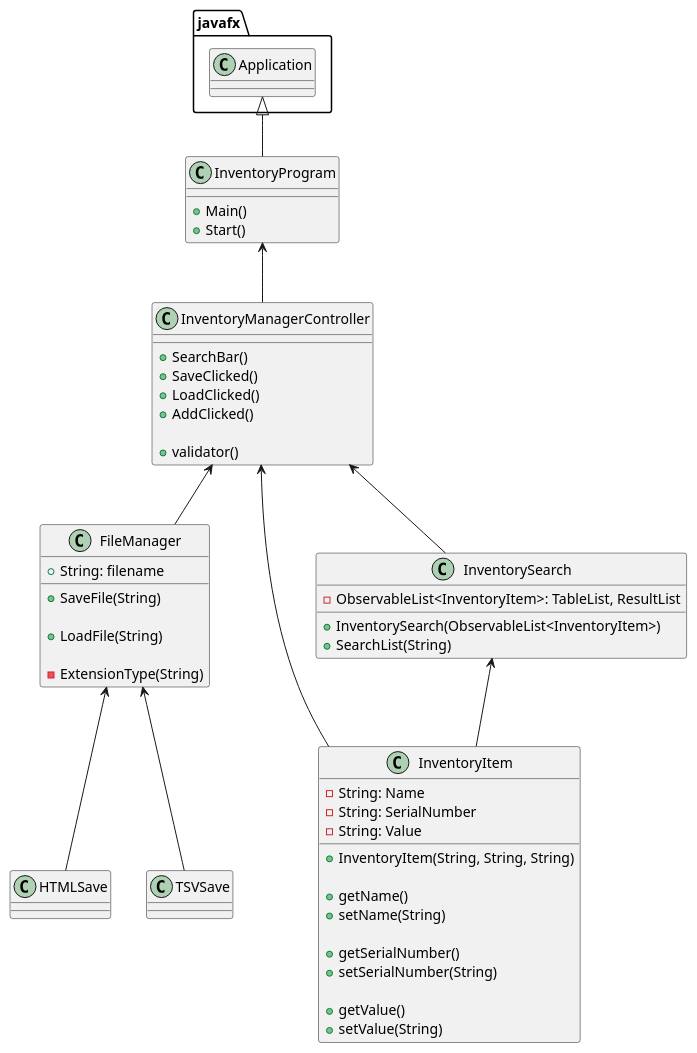
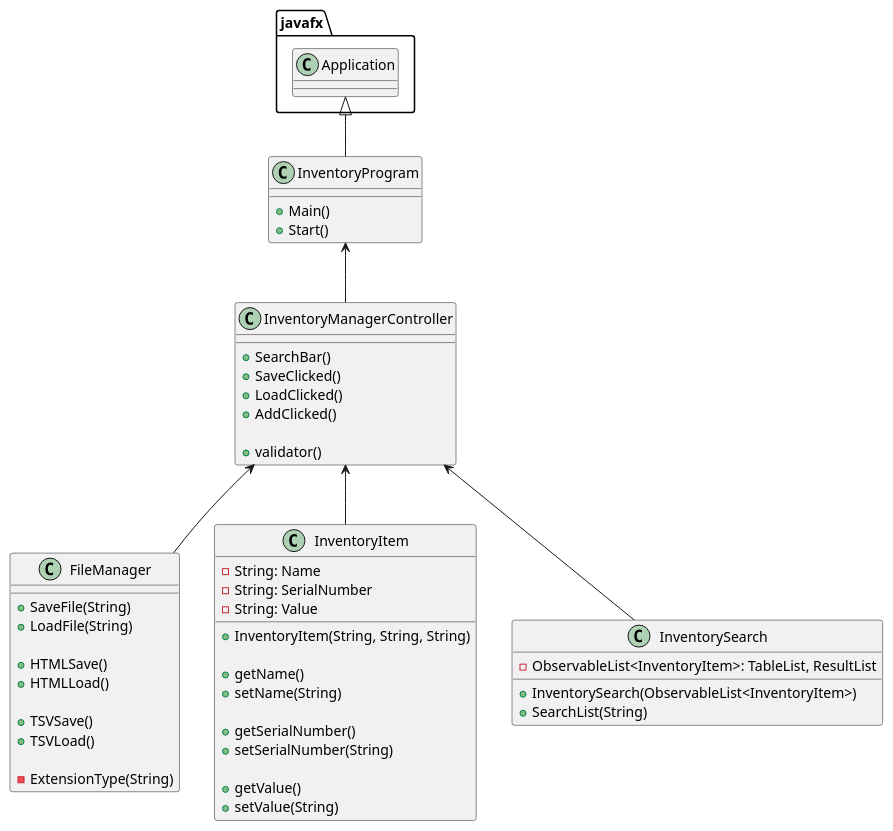
Before and after one commit to Chabs64/higgins-1720-a5: the diagram in UML/Main.puml, drawn with PlantUML. The commit also changed 4 other files, not shown here.

```diff
--- a/UML/Main.puml
+++ b/UML/Main.puml
@@ -1,81 +1,70 @@
 @startuml
 
 javafx.Application <|-- InventoryProgram
 InventoryProgram <-- InventoryManagerController
 InventoryManagerController <-- FileManager
-FileManager <-- HTMLSave
-FileManager <-- TSVSave
 
 InventoryManagerController <-- InventoryItem
-InventorySearch <-- InventoryItem
 InventoryManagerController <-- InventorySearch
 
 class InventoryProgram
 {
     + Main()
     + Start()
 }
 
 
 class InventoryManagerController
 {
     + SearchBar()
     + SaveClicked()
     + LoadClicked()
     + AddClicked()
 
     + validator()
 }
 
 
 class InventorySearch
 {
     - ObservableList<InventoryItem>: TableList, ResultList
 
     + InventorySearch(ObservableList<InventoryItem>)
     + SearchList(String)
 }
 
 
 class InventoryItem
 {
     - String: Name
     - String: SerialNumber
     - String: Value
 
     + InventoryItem(String, String, String)
 
     + getName()
     + setName(String)
 
     + getSerialNumber()
     + setSerialNumber(String)
 
     + getValue()
     + setValue(String)
 }
 
 
 class FileManager
 {
-    + String: filename
+    + SaveFile(String)
+    + LoadFile(String)
 
-    + SaveFile(String)
+    + HTMLSave()
+    + HTMLLoad()
 
-    + LoadFile(String)
+    + TSVSave()
+    + TSVLoad()
 
     - ExtensionType(String)
 }
 
-class HTMLSave
-{
-
-}
-
-class TSVSave
-{
-
-}
-
-
 @enduml
```
